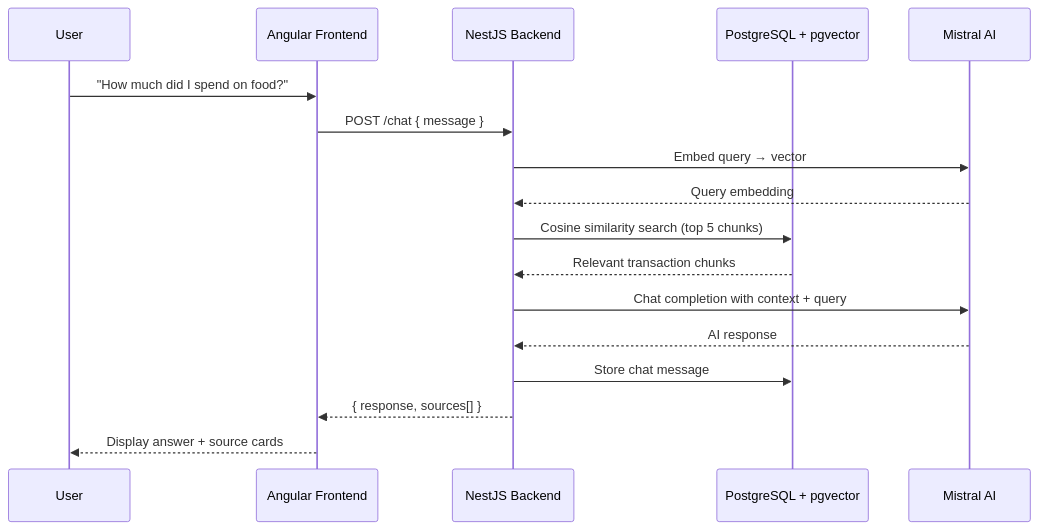
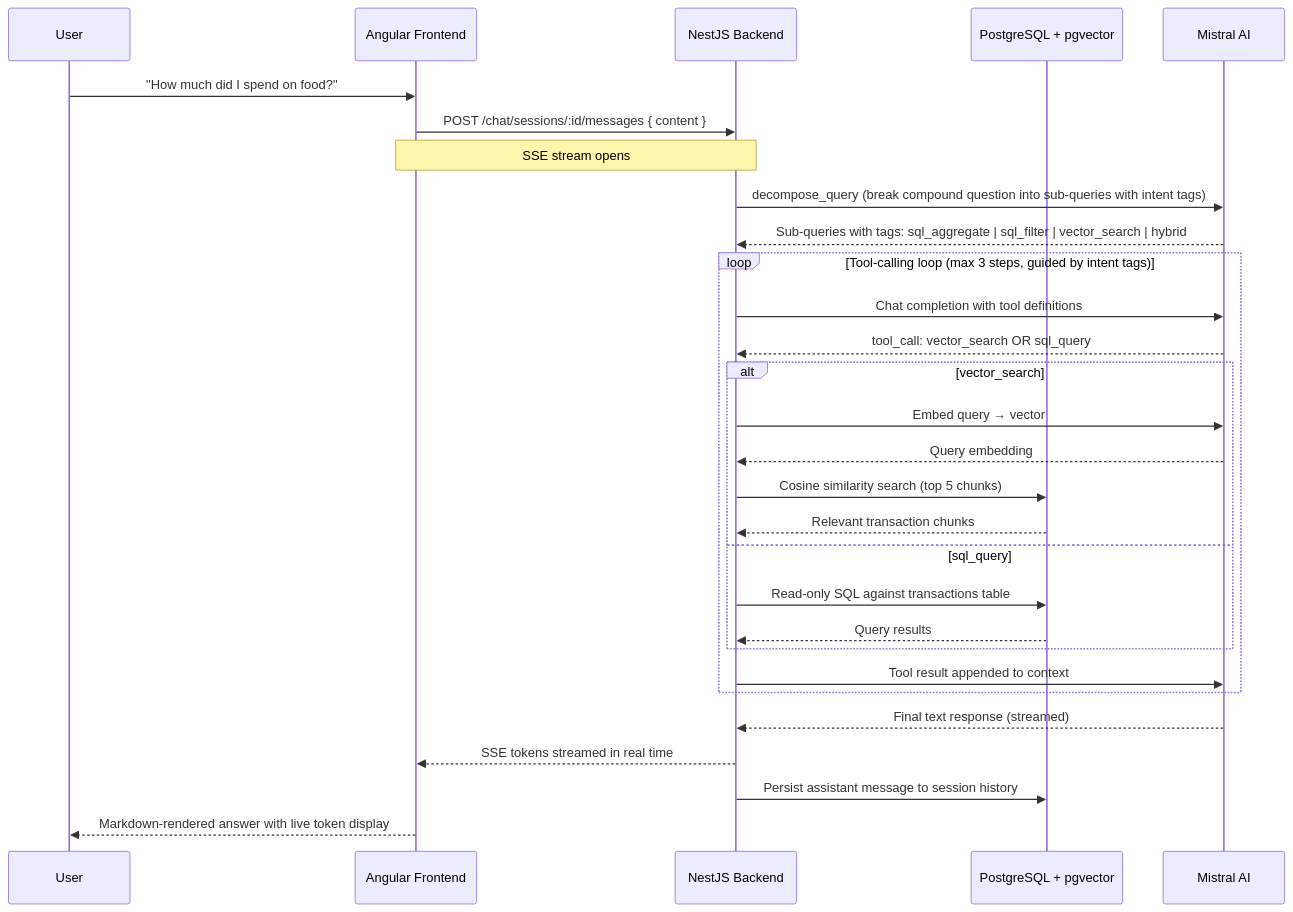
One commit to darth-dodo/ledger changed the second of 4 diagrams in docs/product.md. Above: the diagram before and after it, drawn with Mermaid. The commit also changed other lines of this file and 72 other files, not shown here.

First line of the commit message:
feat: M5 RAG Chat with Agentic ReAct Loop + Adaptive Query Decomposition (#6)

````diff
--- a/docs/product.md
+++ b/docs/product.md
@@ -78,20 +85,37 @@
 ```mermaid
 sequenceDiagram
     participant U as User
     participant FE as Angular Frontend
     participant BE as NestJS Backend
     participant PG as PostgreSQL + pgvector
     participant AI as Mistral AI
 
     U->>FE: "How much did I spend on food?"
-    FE->>BE: POST /chat { message }
-    BE->>AI: Embed query → vector
-    AI-->>BE: Query embedding
-    BE->>PG: Cosine similarity search (top 5 chunks)
-    PG-->>BE: Relevant transaction chunks
-    BE->>AI: Chat completion with context + query
-    AI-->>BE: AI response
-    BE->>PG: Store chat message
-    BE-->>FE: { response, sources[] }
-    FE-->>U: Display answer + source cards
+    FE->>BE: POST /chat/sessions/:id/messages { content }
+    Note over FE,BE: SSE stream opens
+
+    BE->>AI: decompose_query (break compound question into sub-queries with intent tags)
+    AI-->>BE: Sub-queries with tags: sql_aggregate | sql_filter | vector_search | hybrid
+
+    loop Tool-calling loop (max 3 steps, guided by intent tags)
+        BE->>AI: Chat completion with tool definitions
+        AI-->>BE: tool_call: vector_search OR sql_query
+
+        alt vector_search
+            BE->>AI: Embed query → vector
+            AI-->>BE: Query embedding
+            BE->>PG: Cosine similarity search (top 5 chunks)
+            PG-->>BE: Relevant transaction chunks
+        else sql_query
+            BE->>PG: Read-only SQL against transactions table
+            PG-->>BE: Query results
+        end
+
+        BE->>AI: Tool result appended to context
+    end
+
+    AI-->>BE: Final text response (streamed)
+    BE-->>FE: SSE tokens streamed in real time
+    BE->>PG: Persist assistant message to session history
+    FE-->>U: Markdown-rendered answer with live token display
 ```
````
